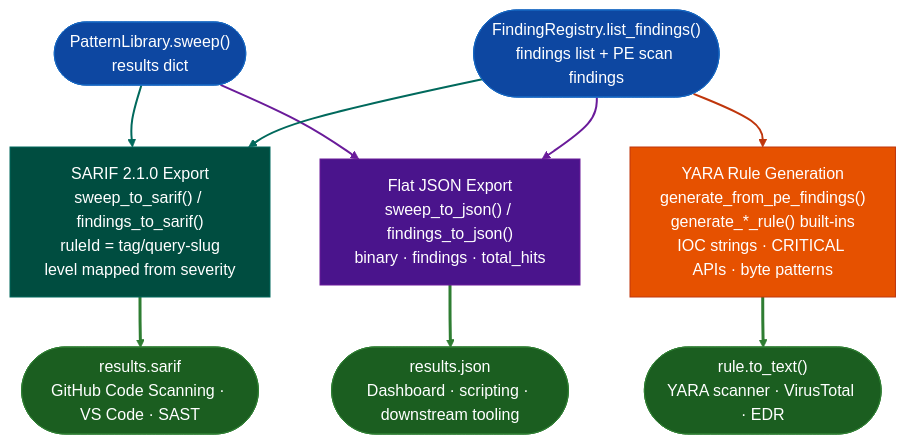
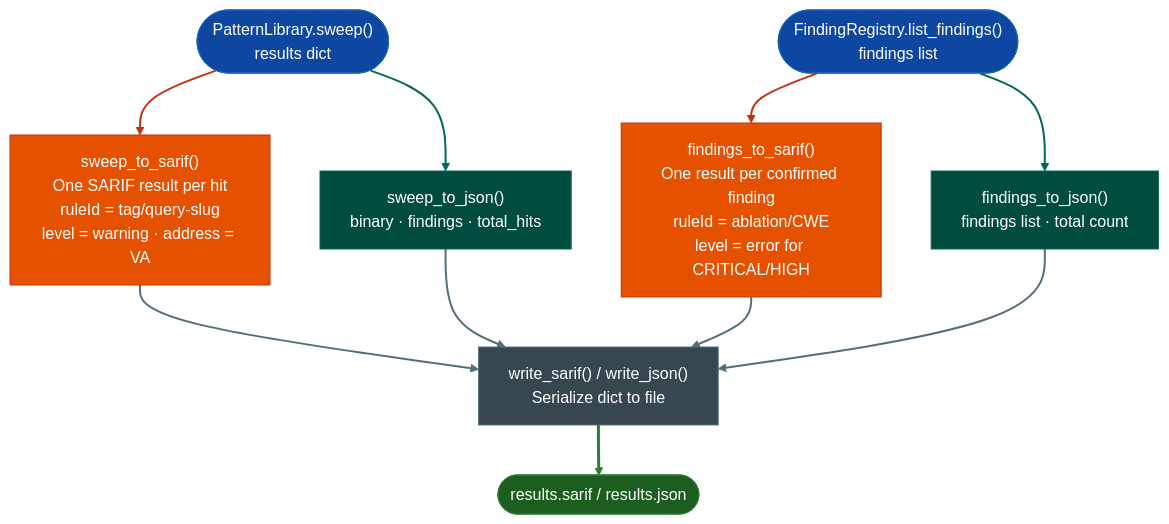
Before and after one commit to Ablation-Tool/ablation: the second of 2 diagrams in docs/reference-modules/yara-json-sarif-export.md, drawn with Mermaid (neutral theme). The commit also changed other lines of this file, not shown here.

First line of the commit message:
docs: expand yara-json-sarif-export.md to full merged content

````diff
--- a/docs/reference-modules/yara-json-sarif-export.md
+++ b/docs/reference-modules/yara-json-sarif-export.md
@@ -39,39 +111,41 @@
 ```mermaid
 flowchart TD
     IN1(["PatternLibrary.sweep()\nresults dict"]):::input
-    IN2(["FindingRegistry.list_findings()\nfindings list + PE scan findings"]):::input
+    IN2(["FindingRegistry.list_findings()\nfindings list"]):::input
 
-    Y["YARA Rule Generation\ngenerate_from_pe_findings()\ngenerate_*_rule() built-ins\nIOC strings · CRITICAL APIs · byte patterns"]:::primary
+    S1["sweep_to_sarif()\nOne SARIF result per hit\nruleId = tag/query-slug\nlevel = warning · address = VA"]:::primary
+    S2["findings_to_sarif()\nOne result per confirmed finding\nruleId = ablation/CWE\nlevel = error for CRITICAL/HIGH"]:::primary
 
-    S["SARIF 2.1.0 Export\nsweep_to_sarif() / findings_to_sarif()\nruleId = tag/query-slug\nlevel mapped from severity"]:::secondary
+    J1["sweep_to_json()\nbinary · findings · total_hits"]:::secondary
+    J2["findings_to_json()\nfindings list · total count"]:::secondary
 
-    J["Flat JSON Export\nsweep_to_json() / findings_to_json()\nbinary · findings · total_hits"]:::tertiary
+    W["write_sarif() / write_json()\nSerialize dict to file"]:::neutral
 
-    OUT1(["rule.to_text()\nYARA scanner · VirusTotal · EDR"]):::output
-    OUT2(["results.sarif\nGitHub Code Scanning · VS Code · SAST"]):::output
-    OUT3(["results.json\nDashboard · scripting · downstream tooling"]):::output
+    OUT(["results.sarif / results.json"]):::output
 
-    IN1 --> S
-    IN1 --> J
-    IN2 --> Y
-    IN2 --> S
-    IN2 --> J
-    Y --> OUT1
-    S --> OUT2
-    J --> OUT3
+    IN1 --> S1
+    IN2 --> S2
+    IN1 --> J1
+    IN2 --> J2
+    S1 --> W
+    S2 --> W
+    J1 --> W
+    J2 --> W
+    W --> OUT
 
     classDef input     fill:#0d47a1,stroke:#1565c0,color:#fff
     classDef primary   fill:#e65100,stroke:#bf360c,color:#fff
     classDef secondary fill:#004d40,stroke:#00695c,color:#fff
-    classDef tertiary  fill:#4a148c,stroke:#6a1b9a,color:#fff
+    classDef neutral   fill:#37474f,stroke:#546e7a,color:#fff
     classDef output    fill:#1b5e20,stroke:#2e7d32,color:#fff
 
-    linkStyle 0 stroke:#00695c,stroke-width:2px
-    linkStyle 1 stroke:#6a1b9a,stroke-width:2px
-    linkStyle 2 stroke:#bf360c,stroke-width:2px
+    linkStyle 0 stroke:#bf360c,stroke-width:2px
+    linkStyle 1 stroke:#bf360c,stroke-width:2px
+    linkStyle 2 stroke:#00695c,stroke-width:2px
     linkStyle 3 stroke:#00695c,stroke-width:2px
-    linkStyle 4 stroke:#6a1b9a,stroke-width:2px
-    linkStyle 5 stroke:#2e7d32,stroke-width:3px
-    linkStyle 6 stroke:#2e7d32,stroke-width:3px
-    linkStyle 7 stroke:#2e7d32,stroke-width:3px
+    linkStyle 4 stroke:#546e7a,stroke-width:2px
+    linkStyle 5 stroke:#546e7a,stroke-width:2px
+    linkStyle 6 stroke:#546e7a,stroke-width:2px
+    linkStyle 7 stroke:#546e7a,stroke-width:2px
+    linkStyle 8 stroke:#2e7d32,stroke-width:3px
 ```
````
